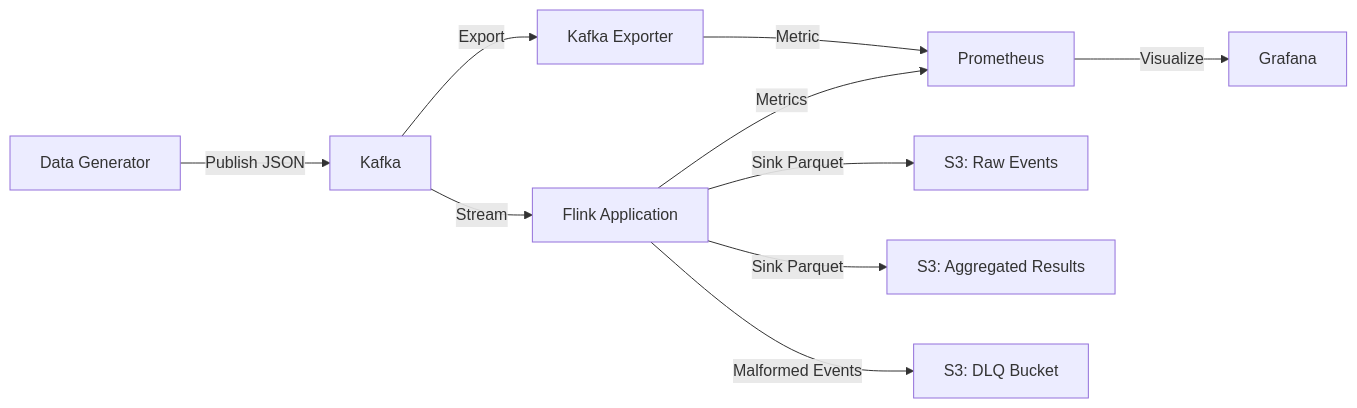
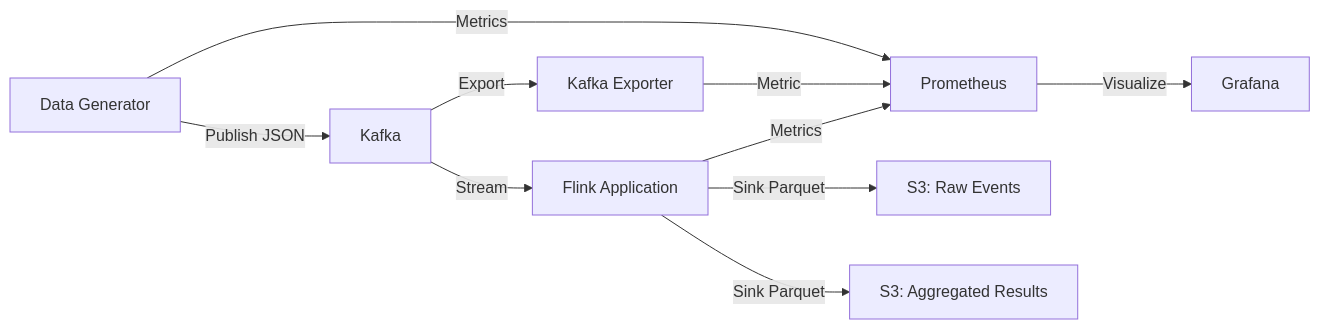
The diagram in README.md (mlgruby/take_home_task), drawn with Mermaid before and after one commit. The commit also changed other lines of this file and 3 other files, not shown here.

````diff
--- a/README.md
+++ b/README.md
@@ -7,12 +7,12 @@
 ```mermaid
 graph LR
     A[Data Generator] -->|Publish JSON| B[Kafka]
+    A -->|Metrics| F[Prometheus]
     B -->|Stream| C[Flink Application]
     B -->|Export| H[Kafka Exporter]
     H -->|Metric| F
     C -->|Sink Parquet| D[S3: Raw Events]
     C -->|Sink Parquet| E[S3: Aggregated Results]
-    C -->|Malformed Events| I[S3: DLQ Bucket]
-    C -->|Metrics| F[Prometheus]
+    C -->|Metrics| F
     F -->|Visualize| G[Grafana]
 ```
````
